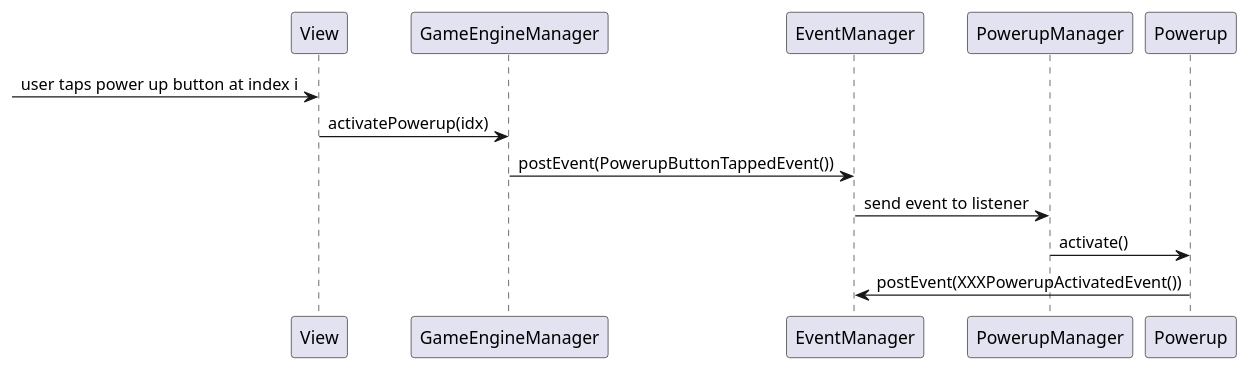
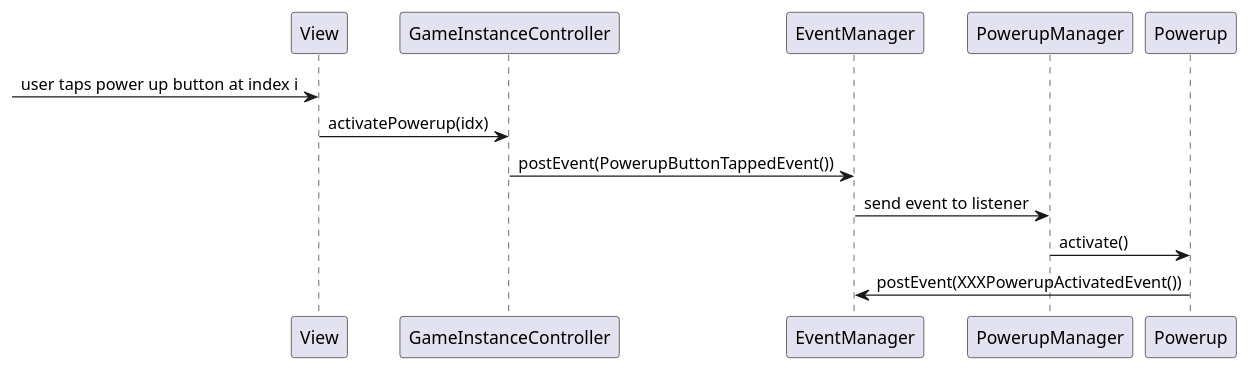
One commit to tumbling-towers/TumblingTowersGame changed the diagram in Docs/Diagrams/PowerupManager/activate-powerup-option-2-1.puml. Above: the diagram before and after it, drawn with PlantUML. The commit also changed 5 other files, not shown here.

```diff
--- a/Docs/Diagrams/PowerupManager/activate-powerup-option-2-1.puml
+++ b/Docs/Diagrams/PowerupManager/activate-powerup-option-2-1.puml
@@ -1,8 +1,8 @@
 @startuml
 -> View: user taps power up button at index i
-View -> GameEngineManager: activatePowerup(idx)
-GameEngineManager -> EventManager: postEvent(PowerupButtonTappedEvent())
+View -> GameInstanceController: activatePowerup(idx)
+GameInstanceController -> EventManager: postEvent(PowerupButtonTappedEvent())
 EventManager -> PowerupManager: send event to listener
 PowerupManager -> Powerup: activate()
 Powerup -> EventManager: postEvent(XXXPowerupActivatedEvent())
 @enduml
```
